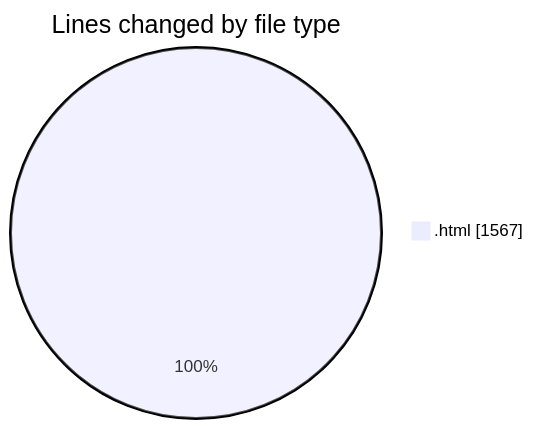
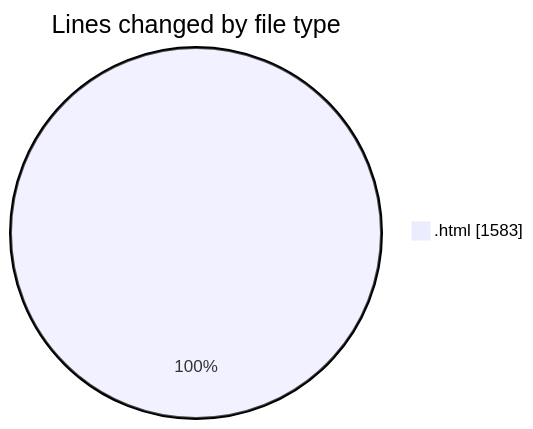
One commit to Ritupan-Deka/code-tracking changed the first of 2 diagrams in 2025-05-21/filetransfer/README.md. Above: the diagram before and after it, drawn with Mermaid. The commit also changed other lines of this file and 1 other file, not shown here.

````diff
--- a/2025-05-21/filetransfer/README.md
+++ b/2025-05-21/filetransfer/README.md
@@ -22,5 +22,5 @@
 ```mermaid
 pie showData
 title Lines changed by file type
-".html" : 1567
+".html" : 1583
 ```
````
